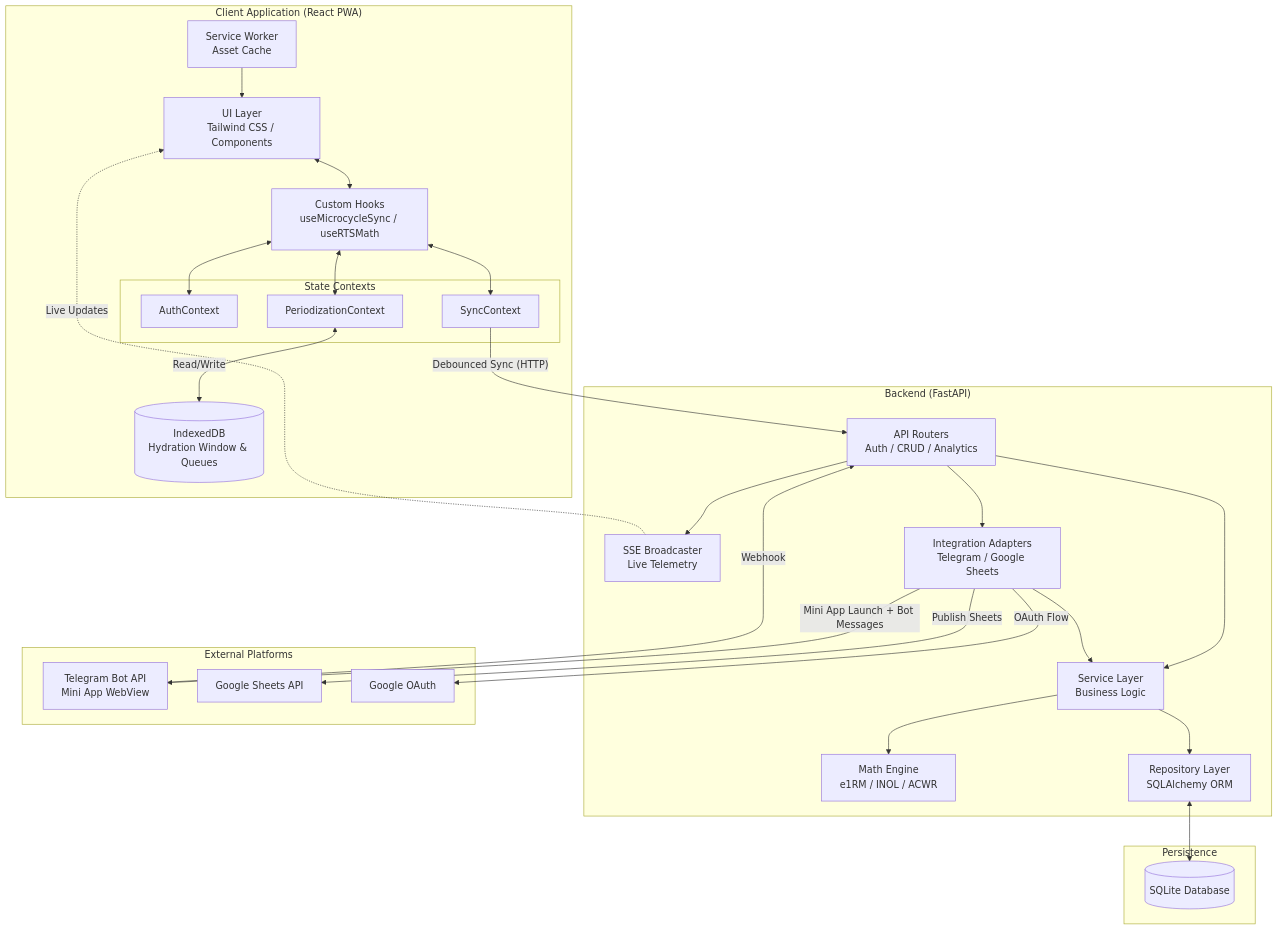
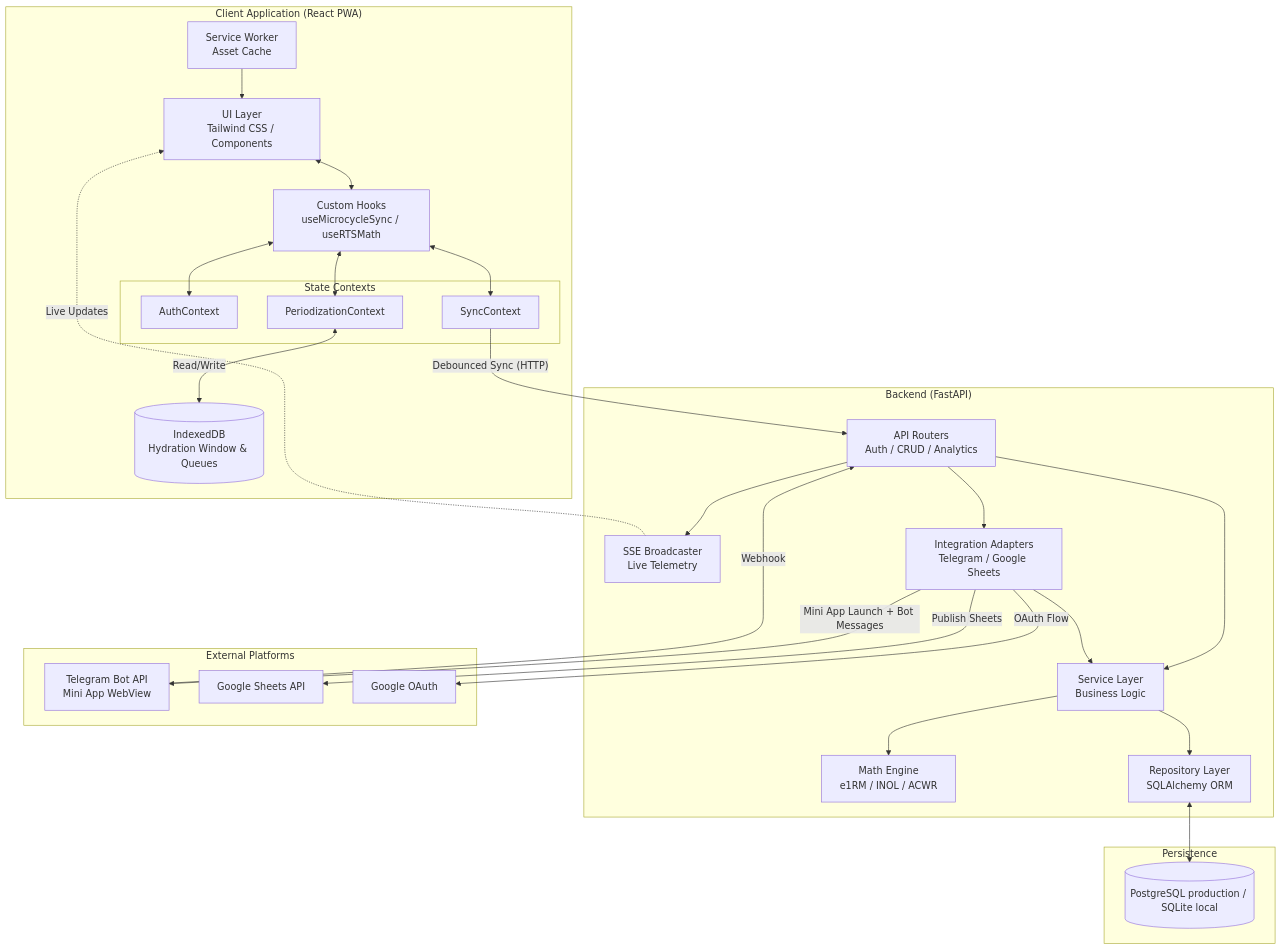
One commit to qrtman/adaptive_lifting changed the first of 9 diagrams in architecture.md. Above: the diagram before and after it, drawn with Mermaid. The commit also changed other lines of this file and 28 other files, not shown here.

````diff
--- a/architecture.md
+++ b/architecture.md
@@ -102,53 +102,53 @@
 ```mermaid
 graph TD
     subgraph Client ["Client Application (React PWA)"]
         UI["UI Layer<br/>Tailwind CSS / Components"]
         Hooks["Custom Hooks<br/>useMicrocycleSync / useRTSMath"]
         SW["Service Worker<br/>Asset Cache"]
         
         subgraph State Contexts
             AuthCtx["AuthContext"]
             SyncCtx["SyncContext"]
             DataCtx["PeriodizationContext"]
         end
         
         Cache[("IndexedDB<br/>Hydration Window & Queues")]
     end
 
     subgraph Server ["Backend (FastAPI)"]
         Router["API Routers<br/>Auth / CRUD / Analytics"]
         SSE["SSE Broadcaster<br/>Live Telemetry"]
         Integrations["Integration Adapters<br/>Telegram / Google Sheets"]
         Service["Service Layer<br/>Business Logic"]
         Math["Math Engine<br/>e1RM / INOL / ACWR"]
         Repo["Repository Layer<br/>SQLAlchemy ORM"]
     end
 
     subgraph Data ["Persistence"]
-        DB[("SQLite Database")]
+        DB[("PostgreSQL production / SQLite local")]
     end
 
     subgraph External ["External Platforms"]
         Telegram["Telegram Bot API<br/>Mini App WebView"]
         Sheets["Google Sheets API"]
         GoogleOAuth["Google OAuth"]
     end
 
     UI <--> Hooks
     Hooks <--> AuthCtx & SyncCtx & DataCtx
     DataCtx <-->|"Read/Write"| Cache
     SW --> UI
     SyncCtx -->|"Debounced Sync (HTTP)"| Router
     Router --> Service
     Router --> SSE
     Router --> Integrations
     Integrations --> Service
     Telegram -->|"Webhook"| Router
     Integrations -->|"Mini App Launch + Bot Messages"| Telegram
     Integrations -->|"Publish Sheets"| Sheets
     Integrations -->|"OAuth Flow"| GoogleOAuth
     SSE -.->|"Live Updates"| UI
     Service --> Math
     Service --> Repo
     Repo <--> DB
 ```
````
